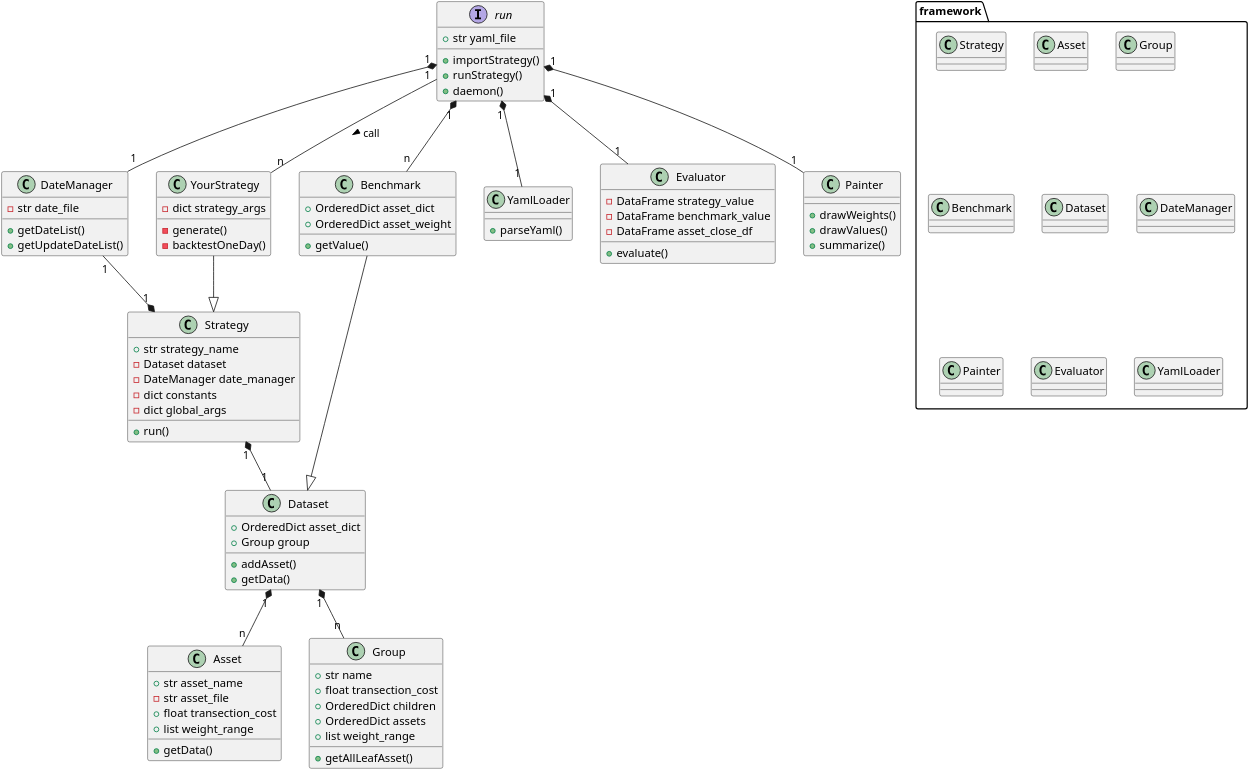
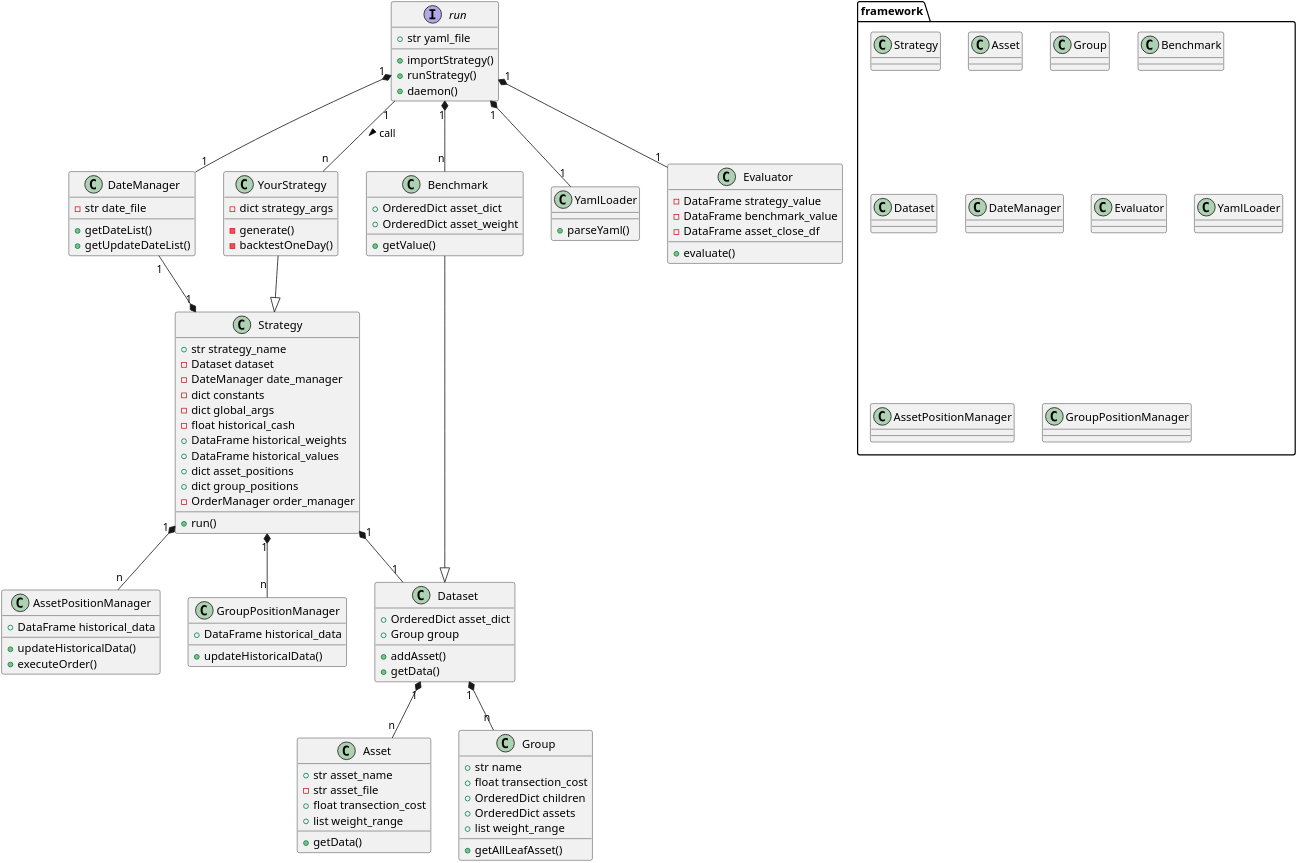
The diagram in design/class.wsd (yuansicheng/quantitative_strategy_framework), drawn with PlantUML before and after one commit. The commit also changed 7 other files, not shown here.

```diff
--- a/design/class.wsd
+++ b/design/class.wsd
@@ -1,110 +1,124 @@
 @startuml
 scale 8192*8192
 
 Interface run
 class YourStrategy
 
 package framework{
     class Strategy
     class Asset 
     class Group
     class Benchmark
     class Dataset 
     class DateManager 
-    class Painter
     class Evaluator
     class YamlLoader
+    class AssetPositionManager
+    class GroupPositionManager
 }
 
 Interface run{
     + str yaml_file
     + importStrategy()
     + runStrategy()
     + daemon()
 } 
 
 class YourStrategy{
     - dict strategy_args
     - generate()
     - backtestOneDay()
 }
 
 class Strategy{
     + str strategy_name
     - Dataset dataset
     - DateManager date_manager
     - dict constants
     - dict global_args
+    - float historical_cash
+    + DataFrame historical_weights
+    + DataFrame historical_values
+    + dict asset_positions
+    + dict group_positions
+    - OrderManager order_manager
     + run()
 }
 
 class DateManager{
     - str date_file
     + getDateList()
     + getUpdateDateList()
 }
 
 class Asset{
     + str asset_name
     - str asset_file
     + float transection_cost
     + list weight_range
     + getData()
 }
 
 class Group{
     + str name
     + float transection_cost
     + OrderedDict children
     + OrderedDict assets
     + list weight_range
     + getAllLeafAsset()
 }
 
 class Dataset{
     + OrderedDict asset_dict
     + Group group
     + addAsset()
     + getData()
 }
 
 class Benchmark{
     + OrderedDict asset_dict
     + OrderedDict asset_weight
     + getValue()
 }
 
 class YamlLoader{
     + parseYaml()
 }
 
 class Evaluator{
     - DataFrame strategy_value
     - DataFrame benchmark_value
     - DataFrame asset_close_df
     + evaluate()
 }
 
-class Painter{
-    + drawWeights()
-    + drawValues()
-    + summarize()
+
+class AssetPositionManager{
+    + DataFrame historical_data
+    + updateHistoricalData()
+    + executeOrder()
+}
+
+class GroupPositionManager{
+    + DataFrame historical_data
+    + updateHistoricalData()
 }
 
 run "1" -- "n" YourStrategy : call >
 run  "1" *-- "n" Benchmark
 run  "1" *-- "1" Evaluator
 run  "1" *-- "1" YamlLoader
 
 YourStrategy --|> Strategy
 Strategy  "1" *-- "1" Dataset
-run  "1" *-- "1" Painter
+Strategy  "1" *-- "n" AssetPositionManager
+Strategy  "1" *-- "n" GroupPositionManager
 run  "1" *-- "1" DateManager
 Strategy  "1" *-left- "1" DateManager
 
 Dataset  "1" *-- "n" Asset
 Dataset  "1" *-- "n" Group
 Benchmark  --|> Dataset
 
 
 @enduml
```
